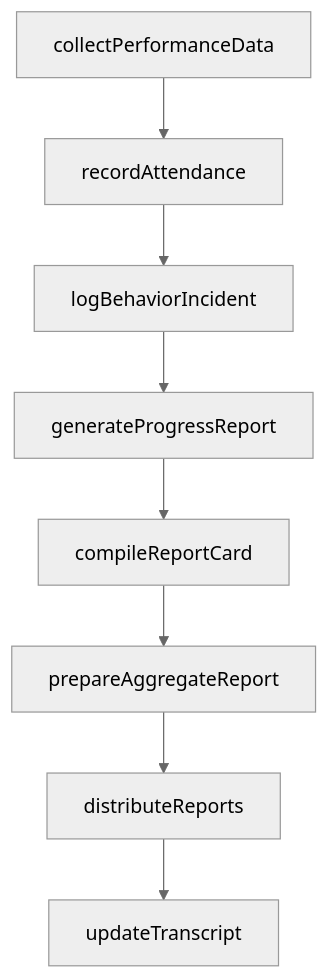
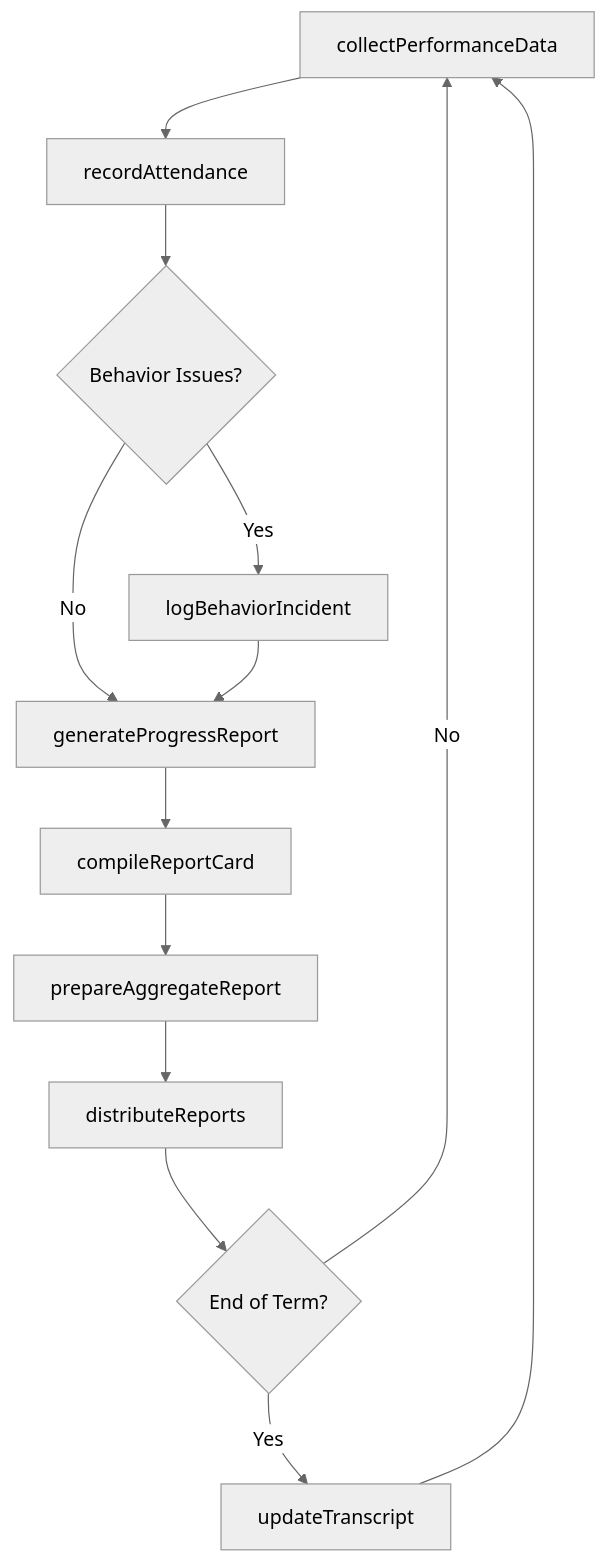
The third of 4 diagrams in DocumentingRecordingInformation/PrepareReportsOfOperationalOrProceduralActivities/PrepareReportsDetailingStudentActivities.mdx (dot-org-ai/tasks.org.ai), drawn with Mermaid (neutral theme) before and after one commit. The commit also changed other lines of this file and 959 other files, not shown here.

````diff
--- a/DocumentingRecordingInformation/PrepareReportsOfOperationalOrProceduralActivities/PrepareReportsDetailingStudentActivities.mdx
+++ b/DocumentingRecordingInformation/PrepareReportsOfOperationalOrProceduralActivities/PrepareReportsDetailingStudentActivities.mdx
@@ -90,10 +119,15 @@
 ```mermaid
 graph TD
     A[collectPerformanceData] --> B[recordAttendance]
-    B --> C[logBehaviorIncident]
-    C --> D[generateProgressReport]
-    D --> E[compileReportCard]
-    E --> F[prepareAggregateReport]
-    F --> G[distributeReports]
-    G --> H[updateTranscript]
+    B --> C{Behavior Issues?}
+    C -->|Yes| D[logBehaviorIncident]
+    C -->|No| E[generateProgressReport]
+    D --> E
+    E --> F[compileReportCard]
+    F --> G[prepareAggregateReport]
+    G --> H[distributeReports]
+    H --> I{End of Term?}
+    I -->|Yes| J[updateTranscript]
+    I -->|No| A
+    J --> A
 ```
````
